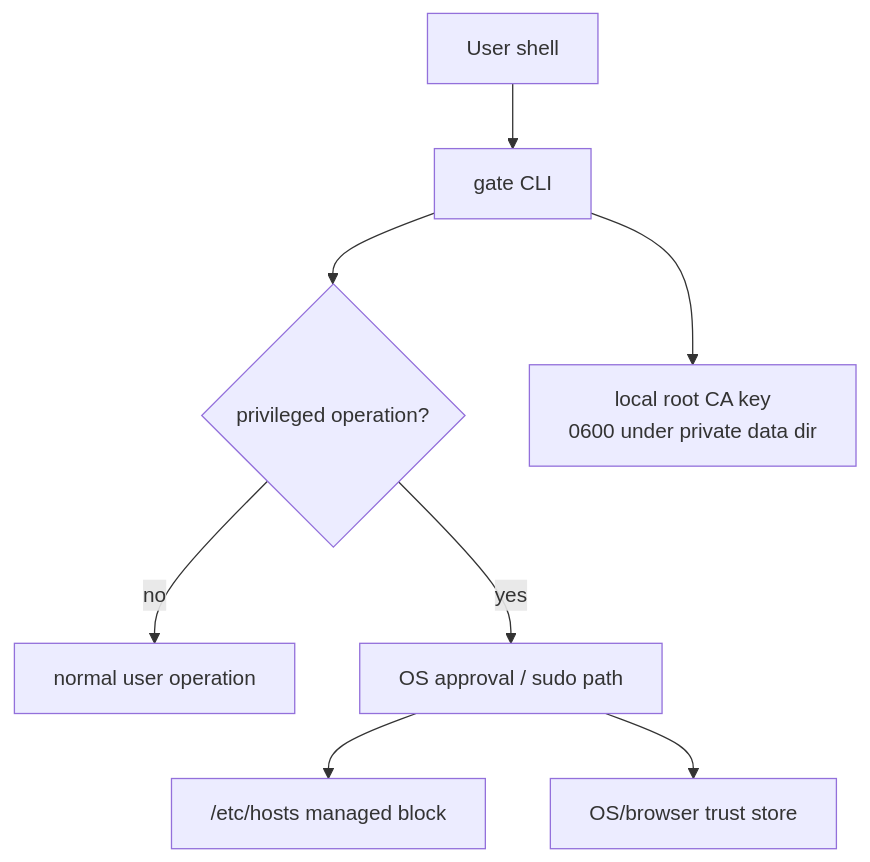
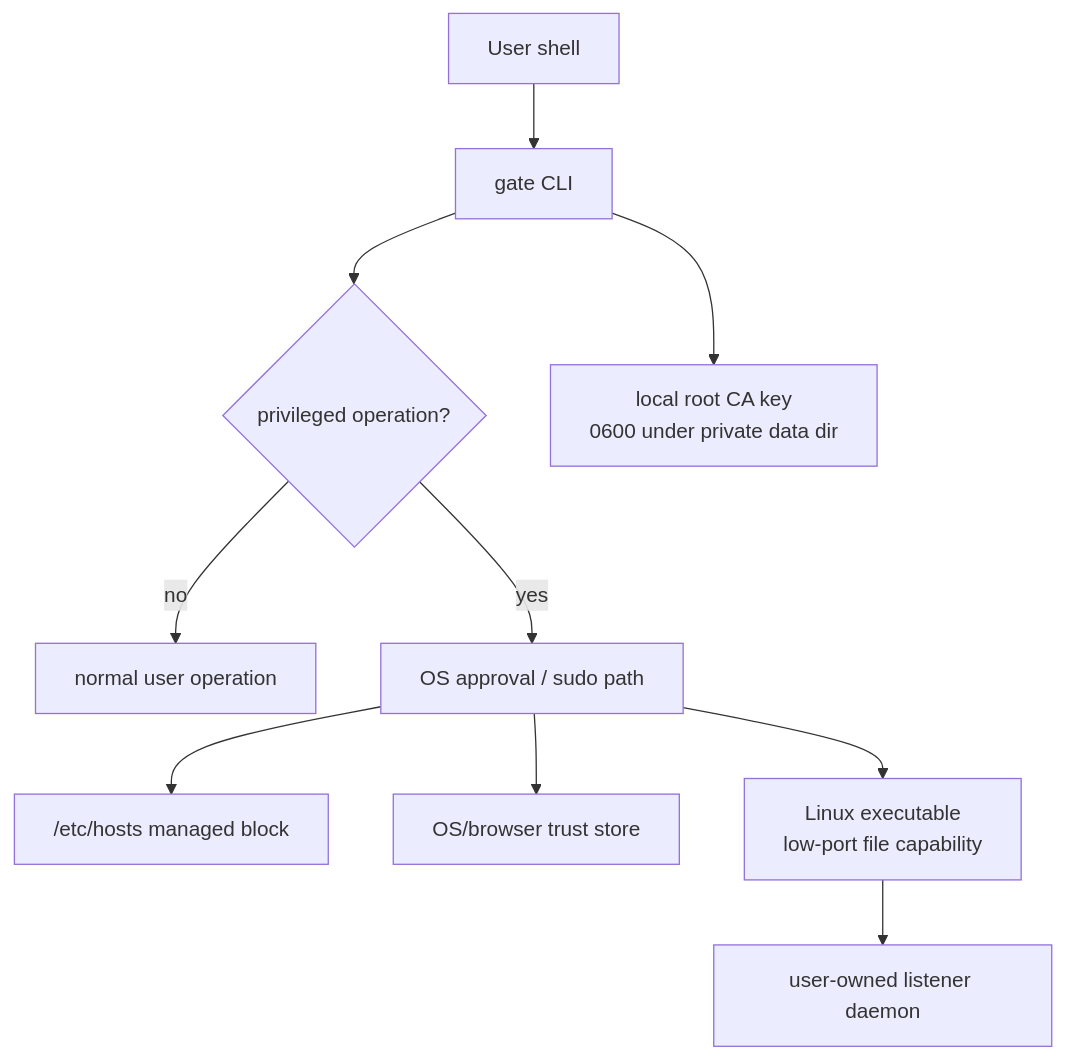
One commit to jinyongp/gate changed the tenth of 11 diagrams in docs/spec.md. Above: the diagram before and after it, drawn with Mermaid. The commit also changed other lines of this file and 3 other files, not shown here.

First line of the commit message:
docs: document Linux low-port setup

````diff
--- a/docs/spec.md
+++ b/docs/spec.md
@@ -586,19 +592,22 @@
 ```mermaid
 flowchart TB
     user["User shell"]
     gate["gate CLI"]
     privileged{"privileged operation?"}
     normal["normal user operation"]
     sudo["OS approval / sudo path"]
     hosts["/etc/hosts managed block"]
     trust["OS/browser trust store"]
+    lowports["Linux executable<br/>low-port file capability"]
+    listener["user-owned listener daemon"]
     key["local root CA key<br/>0600 under private data dir"]
 
     user --> gate
     gate --> privileged
     privileged -->|"no"| normal
     privileged -->|"yes"| sudo
     sudo --> hosts
     sudo --> trust
+    sudo --> lowports --> listener
     gate --> key
 ```
````
